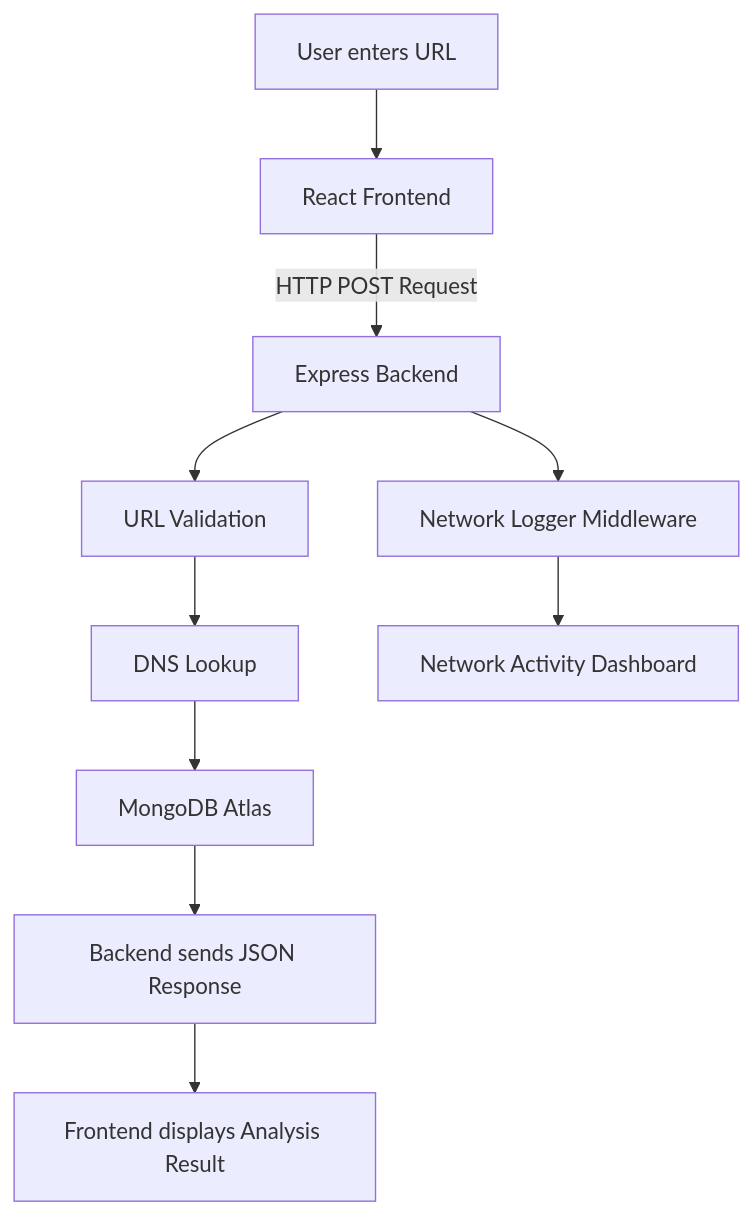
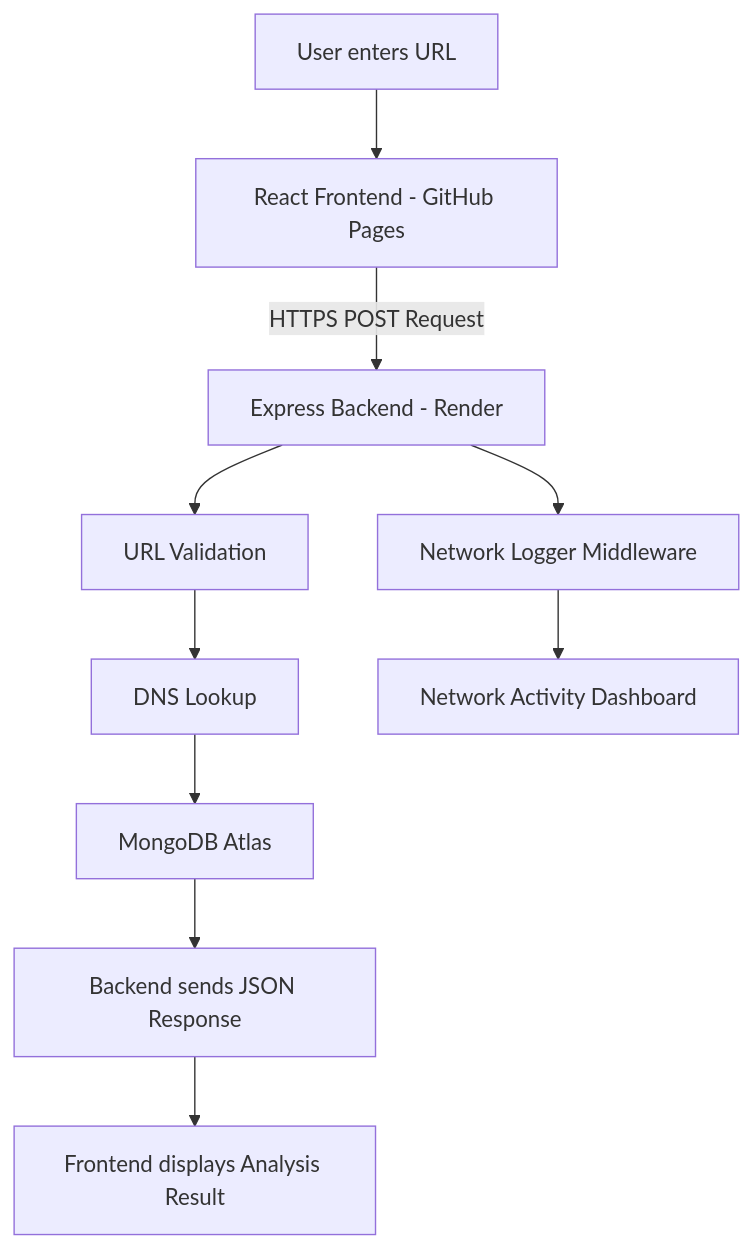
Before and after one commit to kavibharathi-2006/URL-Phishing-Detection: the diagram in CN/networkFlow.md, drawn with Mermaid. The commit also changed other lines of this file, not shown here.

````diff
--- a/CN/networkFlow.md
+++ b/CN/networkFlow.md
@@ -4,13 +6,13 @@
 ```mermaid
 flowchart TD
-    A[User enters URL] --> B[React Frontend]
-    B -->|HTTP POST Request| C[Express Backend]
+    A[User enters URL] --> B[React Frontend - GitHub Pages]
+    B -->|HTTPS POST Request| C[Express Backend - Render]
     C --> D[URL Validation]
     D --> E[DNS Lookup]
     E --> F[MongoDB Atlas]
     F --> G[Backend sends JSON Response]
     G --> H[Frontend displays Analysis Result]
 
     C --> I[Network Logger Middleware]
     I --> J[Network Activity Dashboard]
 ```
````
